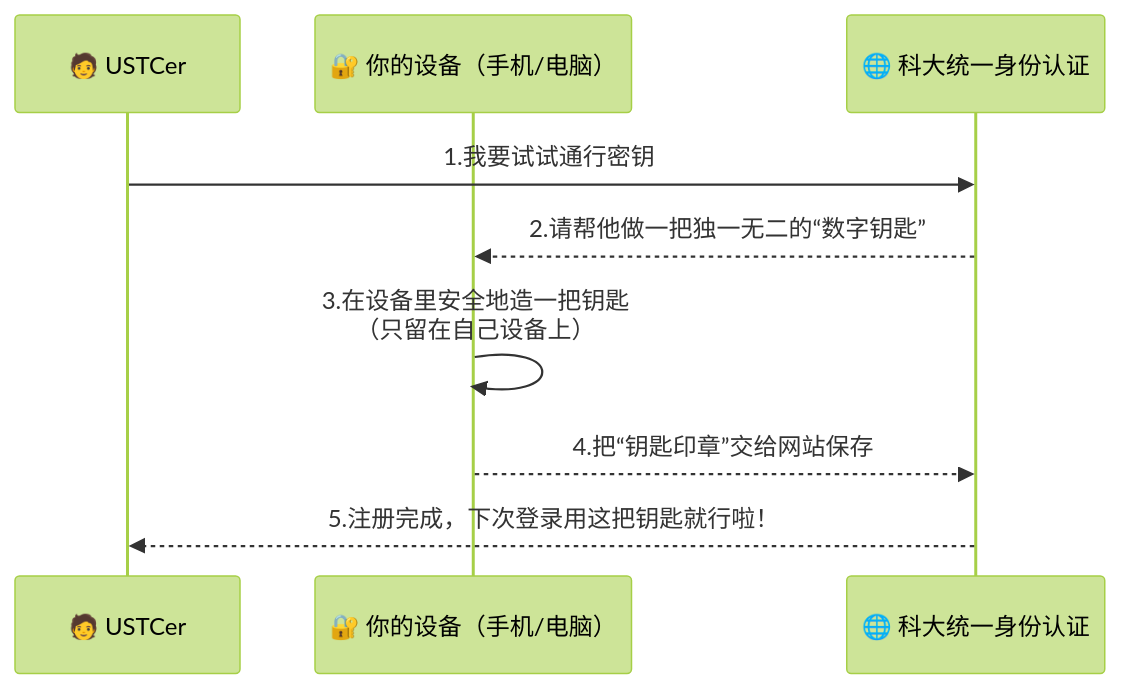
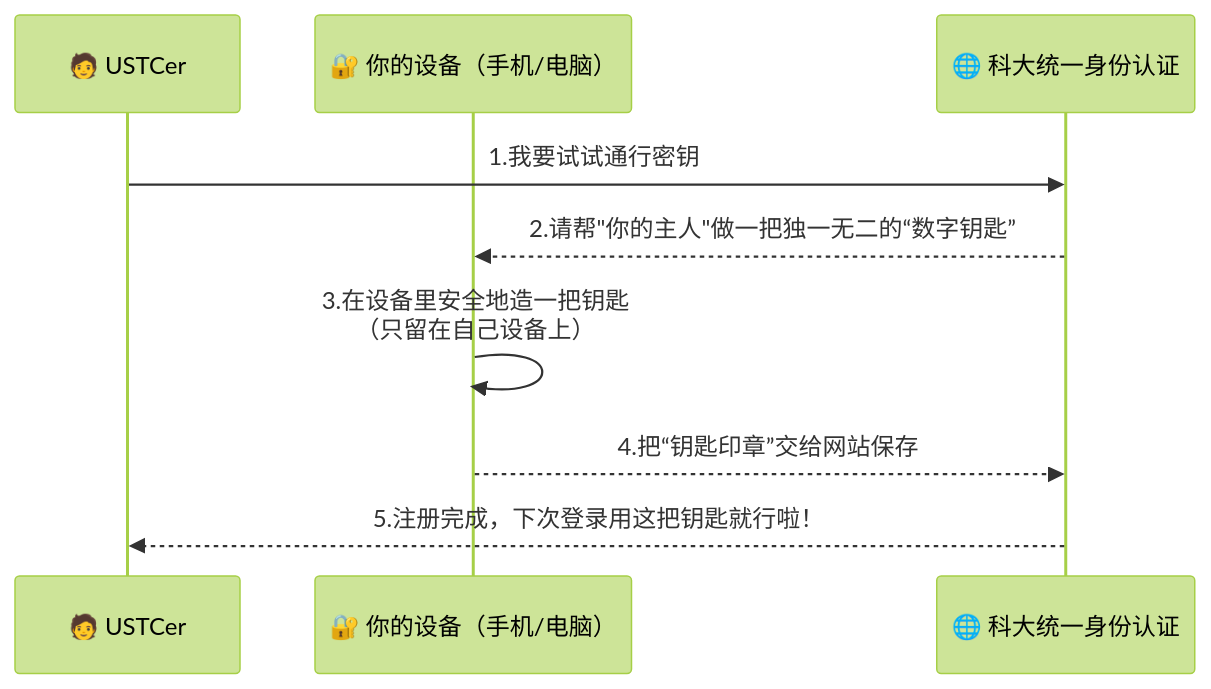
Before and after one commit to wf0229/id_doc: the first of 3 diagrams in docs/passkey.md, drawn with Mermaid (forest theme). The commit also changed other lines of this file, not shown here.

````diff
--- a/docs/passkey.md
+++ b/docs/passkey.md
@@ -6,12 +6,12 @@
 ```mermaid
 sequenceDiagram
     participant U as 🧑 USTCer
     participant D as 🔐 你的设备（手机/电脑）
     participant P as 🌐 科大统一身份认证
 
     U->>P: 1.我要试试通行密钥
-    P-->>D: 2.请帮他做一把独一无二的“数字钥匙”
+    P-->>D: 2.请帮"你的主人"做一把独一无二的“数字钥匙”
     D->>D: 3.在设备里安全地造一把钥匙<br/>（只留在自己设备上）
     D-->>P: 4.把“钥匙印章”交给网站保存
     P-->>U: 5.注册完成，下次登录用这把钥匙就行啦！
 ```
````
